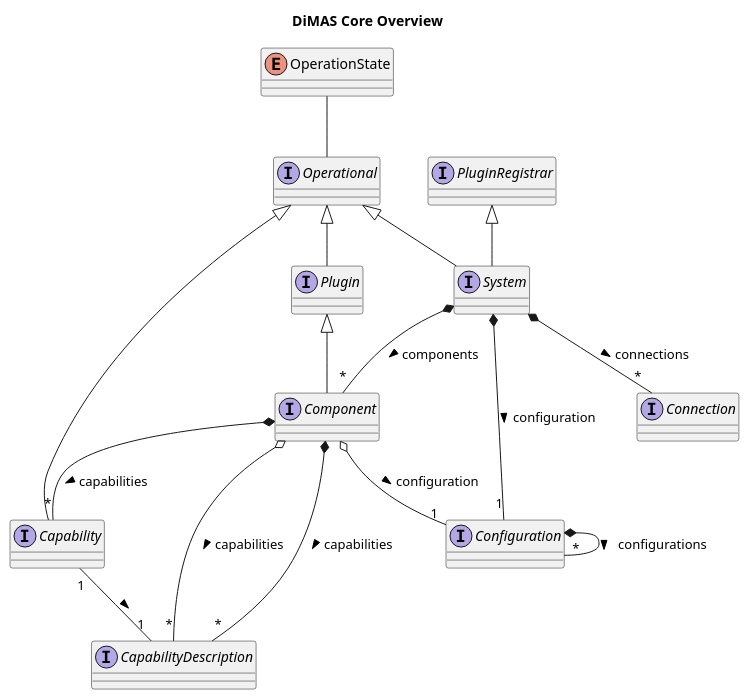
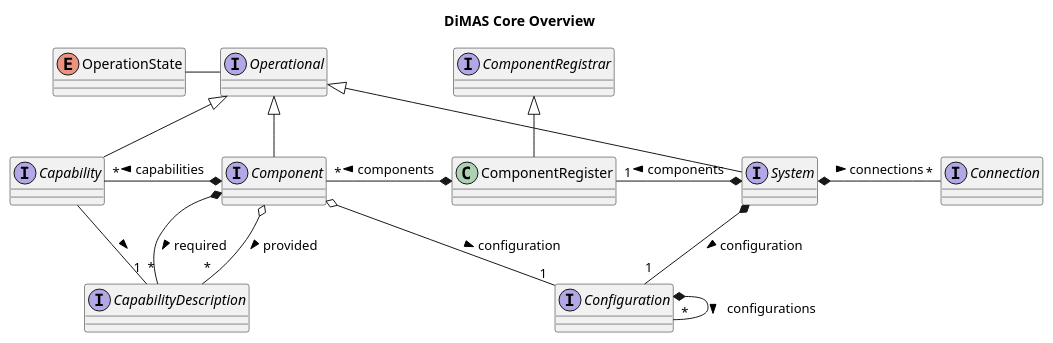
Before and after one commit to stepkun/dimas: the diagram in puml/dimas_core/overview.puml, drawn with PlantUML. The commit also changed 17 other files, not shown here.

```diff
--- a/puml/dimas_core/overview.puml
+++ b/puml/dimas_core/overview.puml
@@ -2,44 +2,46 @@
 @startuml Overview
 title DiMAS Core Overview
 'skinparam Style strictuml
 
 ' Operational
 interface Operational
 enum OperationState
-Operational <|-- Plugin
+Operational <|-- Component
 Operational <|-- Capability
-OperationState -- Operational
+OperationState --right Operational
+
+' ComponentRegister
+class ComponentRegister
+interface ComponentRegistrar
+ComponentRegistrar <|-- ComponentRegister
+ComponentRegister *--left "*" Component : components >
 
 ' System
 interface System
-interface PluginRegistrar
-PluginRegistrar <|-- System
 Operational <|-- System
-System *-- "*" Component : components >
+System *--left "1" ComponentRegister : components >
 System *-- "1" Configuration : configuration >
-System *-- "*" Connection : connections >
+System *--right "*" Connection : connections >
 
 ' Component
 interface Component
-interface Plugin
-Plugin <|-- Component
 'Component *-- "0..*" Component : components
-Component *-- "*" Capability : capabilities >
+Component *--left "*" Capability : capabilities >
 Component o-- "1" Configuration : configuration >
-Component o-- "*" CapabilityDescription : capabilities >
-Component *-- "*" CapabilityDescription : capabilities >
+Component o-- "*" CapabilityDescription : provided >
+Component *-- "*" CapabilityDescription : required >
 
 ' Capability
 interface Capability
-Capability "1" -- "1" CapabilityDescription : >
+Capability -- "1" CapabilityDescription : >
 
 ' CapabilityDescription
 interface CapabilityDescription
 
 ' configuration
 interface Configuration
 Configuration *-- "*" Configuration : configurations >
 
 ' Connection
 interface Connection
 @enduml
```
